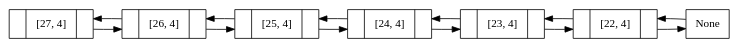
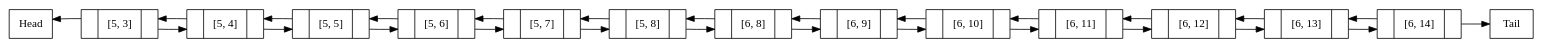
Before and after one commit to jmansilla-2014056/EDD_P1_Snake-Game: the diagram in Game/snake.gv, drawn with Graphviz. The commit also changed 10 other files, not shown here.

```diff
--- a/Game/snake.gv
+++ b/Game/snake.gv
@@ -1,22 +1,45 @@
 digraph structs {
 	node [shape=record]
 	rankdir=LR
-	<Game.Doublylinkedlist.Node object at 0x031719D0> [label="{ |[27, 4]|}"]
-	<Game.Doublylinkedlist.Node object at 0x03171830> [label="{ |[26, 4]|}"]
-	<Game.Doublylinkedlist.Node object at 0x03171850> [label="{ |[25, 4]|}"]
-	<Game.Doublylinkedlist.Node object at 0x03171950> [label="{ |[24, 4]|}"]
-	<Game.Doublylinkedlist.Node object at 0x03171990> [label="{ |[23, 4]|}"]
-	<Game.Doublylinkedlist.Node object at 0x031719B0> [label="{ |[22, 4]|}"]
-	<Game.Doublylinkedlist.Node object at 0x031719D0> -> <Game.Doublylinkedlist.Node object at 0x03171830>
-	<Game.Doublylinkedlist.Node object at 0x03171830> -> <Game.Doublylinkedlist.Node object at 0x03171850>
-	<Game.Doublylinkedlist.Node object at 0x03171850> -> <Game.Doublylinkedlist.Node object at 0x03171950>
-	<Game.Doublylinkedlist.Node object at 0x03171950> -> <Game.Doublylinkedlist.Node object at 0x03171990>
-	<Game.Doublylinkedlist.Node object at 0x03171990> -> <Game.Doublylinkedlist.Node object at 0x031719B0>
-	<Game.Doublylinkedlist.Node object at 0x031719B0> -> None
-	<Game.Doublylinkedlist.Node object at 0x03171830> -> <Game.Doublylinkedlist.Node object at 0x031719D0>
-	<Game.Doublylinkedlist.Node object at 0x03171850> -> <Game.Doublylinkedlist.Node object at 0x03171830>
-	<Game.Doublylinkedlist.Node object at 0x03171950> -> <Game.Doublylinkedlist.Node object at 0x03171850>
-	<Game.Doublylinkedlist.Node object at 0x03171990> -> <Game.Doublylinkedlist.Node object at 0x03171950>
-	<Game.Doublylinkedlist.Node object at 0x031719B0> -> <Game.Doublylinkedlist.Node object at 0x03171990>
-	None -> <Game.Doublylinkedlist.Node object at 0x031719B0>
+	<Game.Doublylinkedlist.Node object at 0x0334DDD0> -> Head [constraint=false]
+	Head -> <Game.Doublylinkedlist.Node object at 0x0334DDD0> [dir=none style=invisible]
+	<Game.Doublylinkedlist.Node object at 0x0334DDD0> [label="{ |[5, 3]|}"]
+	<Game.Doublylinkedlist.Node object at 0x0334DF10> [label="{ |[5, 4]|}"]
+	<Game.Doublylinkedlist.Node object at 0x0334DC90> [label="{ |[5, 5]|}"]
+	<Game.Doublylinkedlist.Node object at 0x0334DF30> [label="{ |[5, 6]|}"]
+	<Game.Doublylinkedlist.Node object at 0x0334DFB0> [label="{ |[5, 7]|}"]
+	<Game.Doublylinkedlist.Node object at 0x0334DF50> [label="{ |[5, 8]|}"]
+	<Game.Doublylinkedlist.Node object at 0x0334DF90> [label="{ |[6, 8]|}"]
+	<Game.Doublylinkedlist.Node object at 0x0334DEF0> [label="{ |[6, 9]|}"]
+	<Game.Doublylinkedlist.Node object at 0x0334DC50> [label="{ |[6, 10]|}"]
+	<Game.Doublylinkedlist.Node object at 0x0334DF70> [label="{ |[6, 11]|}"]
+	<Game.Doublylinkedlist.Node object at 0x0334DED0> [label="{ |[6, 12]|}"]
+	<Game.Doublylinkedlist.Node object at 0x0334DFD0> [label="{ |[6, 13]|}"]
+	<Game.Doublylinkedlist.Node object at 0x0334DDB0> [label="{ |[6, 14]|}"]
+	None [label=Tail]
+	<Game.Doublylinkedlist.Node object at 0x0334DF10> -> <Game.Doublylinkedlist.Node object at 0x0334DDD0>
+	<Game.Doublylinkedlist.Node object at 0x0334DC90> -> <Game.Doublylinkedlist.Node object at 0x0334DF10>
+	<Game.Doublylinkedlist.Node object at 0x0334DF30> -> <Game.Doublylinkedlist.Node object at 0x0334DC90>
+	<Game.Doublylinkedlist.Node object at 0x0334DFB0> -> <Game.Doublylinkedlist.Node object at 0x0334DF30>
+	<Game.Doublylinkedlist.Node object at 0x0334DF50> -> <Game.Doublylinkedlist.Node object at 0x0334DFB0>
+	<Game.Doublylinkedlist.Node object at 0x0334DF90> -> <Game.Doublylinkedlist.Node object at 0x0334DF50>
+	<Game.Doublylinkedlist.Node object at 0x0334DEF0> -> <Game.Doublylinkedlist.Node object at 0x0334DF90>
+	<Game.Doublylinkedlist.Node object at 0x0334DC50> -> <Game.Doublylinkedlist.Node object at 0x0334DEF0>
+	<Game.Doublylinkedlist.Node object at 0x0334DF70> -> <Game.Doublylinkedlist.Node object at 0x0334DC50>
+	<Game.Doublylinkedlist.Node object at 0x0334DED0> -> <Game.Doublylinkedlist.Node object at 0x0334DF70>
+	<Game.Doublylinkedlist.Node object at 0x0334DFD0> -> <Game.Doublylinkedlist.Node object at 0x0334DED0>
+	<Game.Doublylinkedlist.Node object at 0x0334DDB0> -> <Game.Doublylinkedlist.Node object at 0x0334DFD0>
+	<Game.Doublylinkedlist.Node object at 0x0334DDB0> -> None [constraint=true]
+	<Game.Doublylinkedlist.Node object at 0x0334DDD0> -> <Game.Doublylinkedlist.Node object at 0x0334DF10> [constraint=true]
+	<Game.Doublylinkedlist.Node object at 0x0334DF10> -> <Game.Doublylinkedlist.Node object at 0x0334DC90> [constraint=true]
+	<Game.Doublylinkedlist.Node object at 0x0334DC90> -> <Game.Doublylinkedlist.Node object at 0x0334DF30> [constraint=true]
+	<Game.Doublylinkedlist.Node object at 0x0334DF30> -> <Game.Doublylinkedlist.Node object at 0x0334DFB0> [constraint=true]
+	<Game.Doublylinkedlist.Node object at 0x0334DFB0> -> <Game.Doublylinkedlist.Node object at 0x0334DF50> [constraint=true]
+	<Game.Doublylinkedlist.Node object at 0x0334DF50> -> <Game.Doublylinkedlist.Node object at 0x0334DF90> [constraint=true]
+	<Game.Doublylinkedlist.Node object at 0x0334DF90> -> <Game.Doublylinkedlist.Node object at 0x0334DEF0> [constraint=true]
+	<Game.Doublylinkedlist.Node object at 0x0334DEF0> -> <Game.Doublylinkedlist.Node object at 0x0334DC50> [constraint=true]
+	<Game.Doublylinkedlist.Node object at 0x0334DC50> -> <Game.Doublylinkedlist.Node object at 0x0334DF70> [constraint=true]
+	<Game.Doublylinkedlist.Node object at 0x0334DF70> -> <Game.Doublylinkedlist.Node object at 0x0334DED0> [constraint=true]
+	<Game.Doublylinkedlist.Node object at 0x0334DED0> -> <Game.Doublylinkedlist.Node object at 0x0334DFD0> [constraint=true]
+	<Game.Doublylinkedlist.Node object at 0x0334DFD0> -> <Game.Doublylinkedlist.Node object at 0x0334DDB0> [constraint=true]
 }
```
